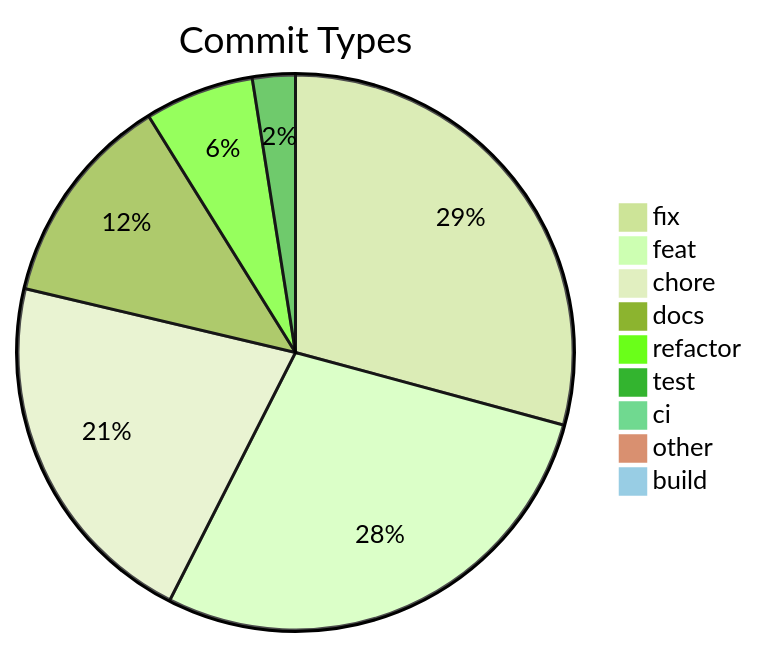
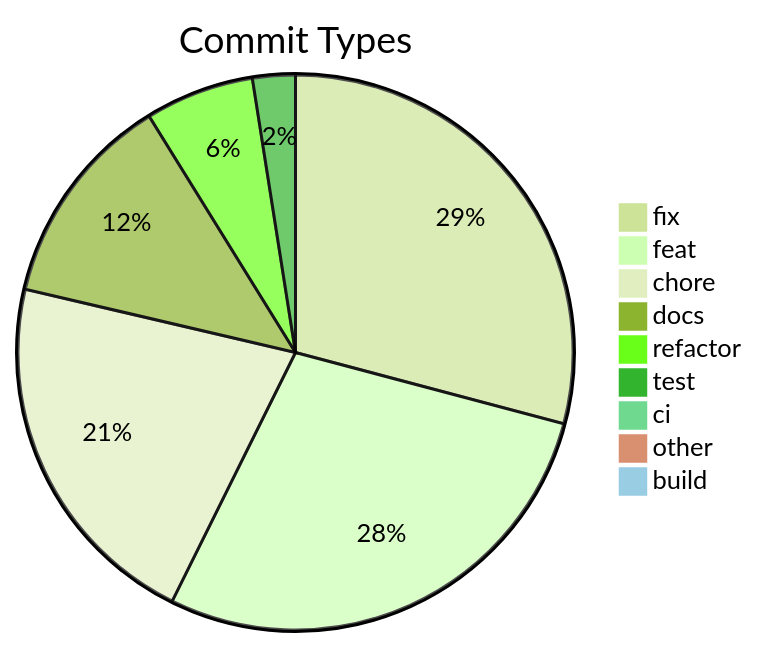
The diagram in .shipwright/compliance/change-history.md (svenroth-ai/shipwright), drawn with Mermaid (forest theme) before and after one commit. The commit also changed other lines of this file and 18 other files, not shown here.

````diff
--- a/.shipwright/compliance/change-history.md
+++ b/.shipwright/compliance/change-history.md
@@ -8,12 +8,12 @@
 ```mermaid
 pie title Commit Types
     "fix" : 340
     "feat" : 329
-    "chore" : 247
-    "docs" : 145
+    "chore" : 249
+    "docs" : 146
     "refactor" : 74
     "test" : 29
     "ci" : 11
     "other" : 9
     "build" : 1
 ```
````
